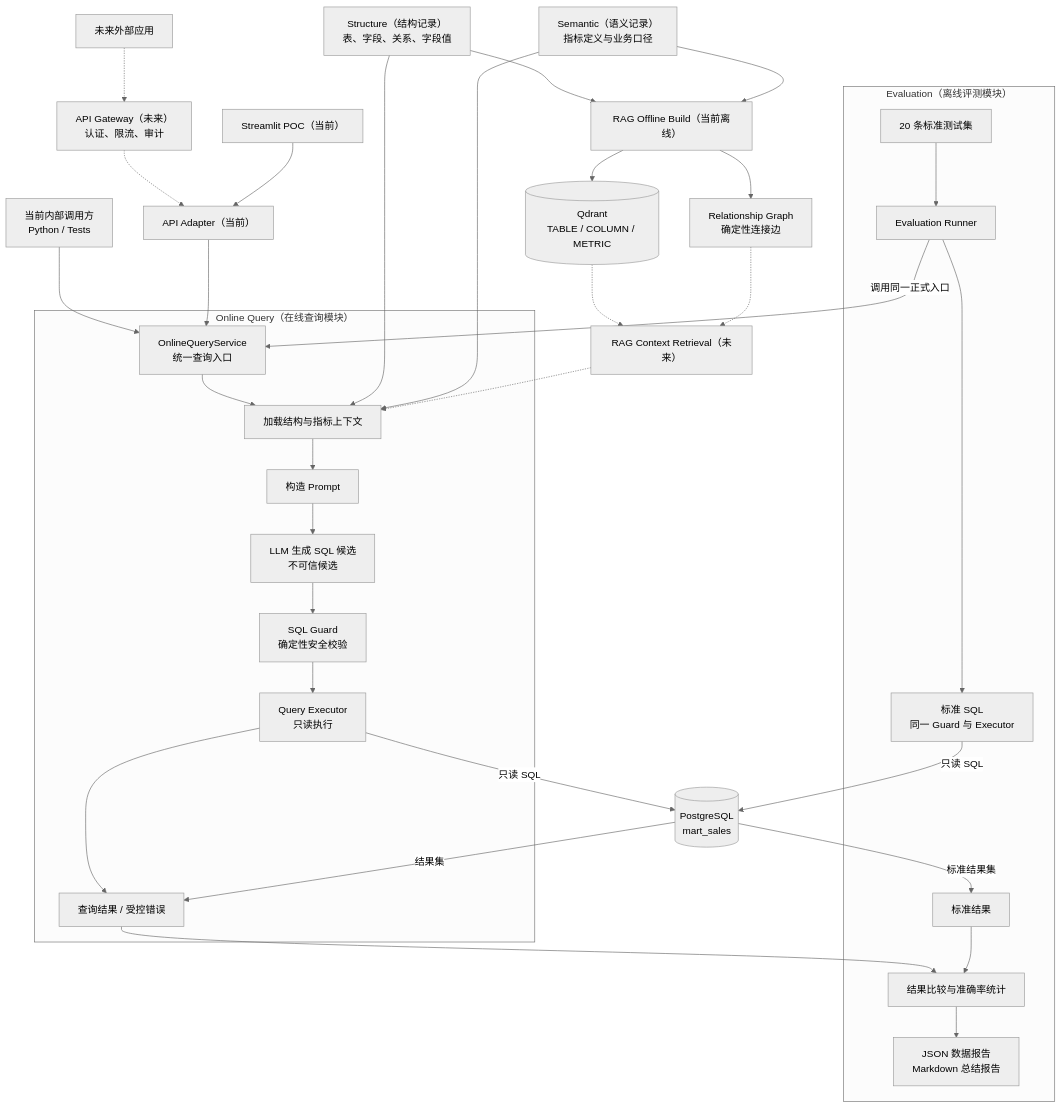
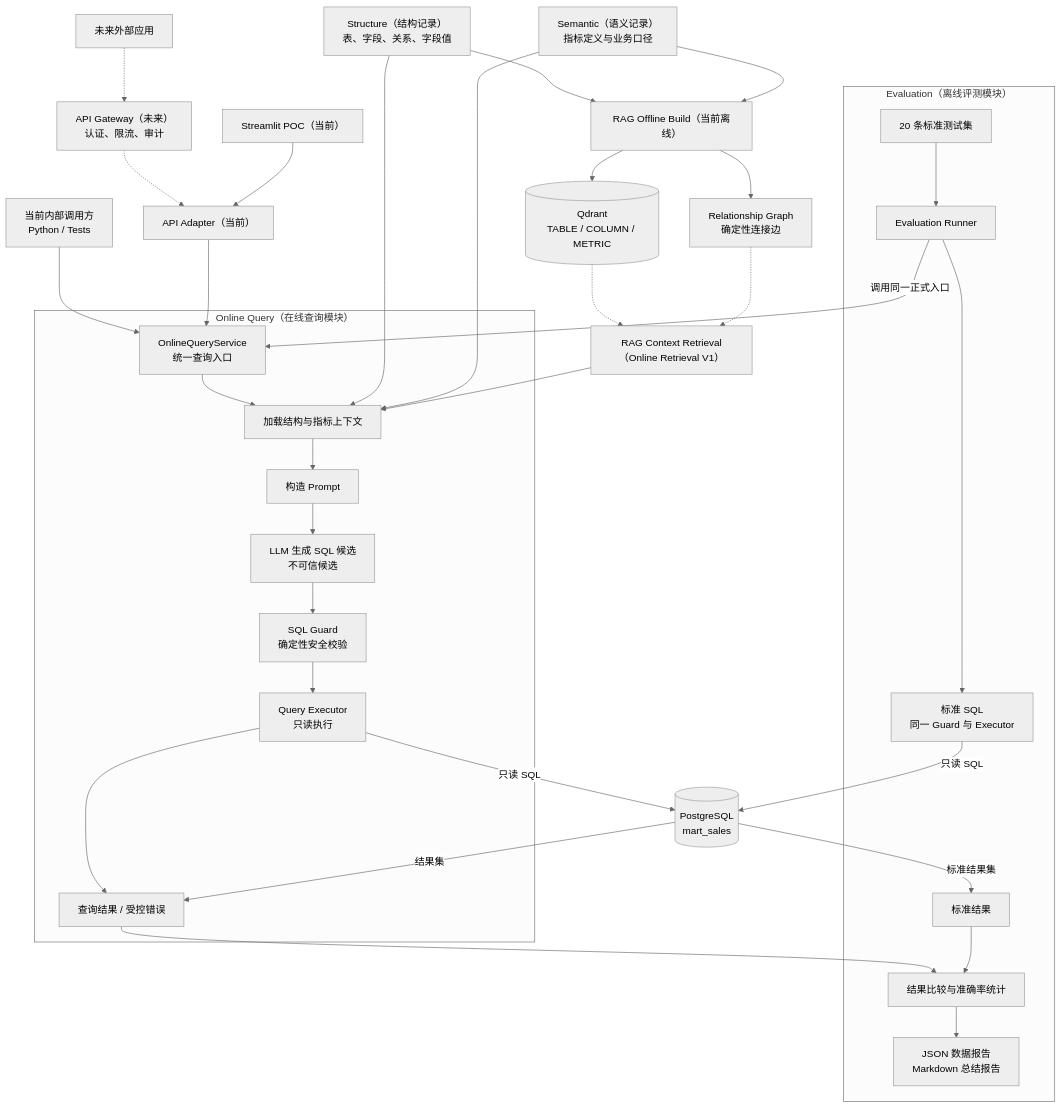
One commit to K999999999999/chatbi changed the first of 3 diagrams in docs/architecture.md. Above: the diagram before and after it, drawn with Mermaid (neutral theme). The commit also changed other lines of this file and 7 other files, not shown here.

Commit message:
test(online-retrieval): 完成整链路验收

````diff
--- a/docs/architecture.md
+++ b/docs/architecture.md
@@ -31,42 +31,42 @@
 ```mermaid
 flowchart TB
     InternalCaller["当前内部调用方<br/>Python / Tests"] --> Service
     ExternalCaller["未来外部应用"] -.-> Gateway
     Gateway["API Gateway（未来）<br/>认证、限流、审计"] -.-> API
     API["API Adapter（当前）"] --> Service
     Streamlit["Streamlit POC（当前）"] --> API
 
     subgraph OnlineQuery["Online Query（在线查询模块）"]
         Service["OnlineQueryService<br/>统一查询入口"] --> Context["加载结构与指标上下文"]
         Context --> Prompt["构造 Prompt"]
         Prompt --> LLM["LLM 生成 SQL 候选<br/>不可信候选"]
         LLM --> Guard["SQL Guard<br/>确定性安全校验"]
         Guard --> Executor["Query Executor<br/>只读执行"]
         Executor --> Result["查询结果 / 受控错误"]
     end
 
     Structure["Structure（结构记录）<br/>表、字段、关系、字段值"] --> Context
     Metrics["Semantic（语义记录）<br/>指标定义与业务口径"] --> Context
     Executor -->|"只读 SQL"| Database[("PostgreSQL<br/>mart_sales")]
     Database -->|"结果集"| Result
 
     subgraph EvaluationFlow["Evaluation（离线评测模块）"]
         Cases["20 条标准测试集"] --> Runner["Evaluation Runner"]
         Runner -->|"调用同一正式入口"| Service
         Runner --> Reference["标准 SQL<br/>同一 Guard 与 Executor"]
         ReferenceResult["标准结果"]
         Result --> Compare["结果比较与准确率统计"]
         ReferenceResult --> Compare
         Compare --> Reports["JSON 数据报告<br/>Markdown 总结报告"]
     end
 
     Reference -->|"只读 SQL"| Database
     Database -->|"标准结果集"| ReferenceResult
     Structure --> OfflineBuild["RAG Offline Build（当前离线）"]
     Metrics --> OfflineBuild
     OfflineBuild --> VectorCollections[("Qdrant<br/>TABLE / COLUMN / METRIC")]
     OfflineBuild --> RelationshipGraph["Relationship Graph<br/>确定性连接边"]
     VectorCollections -.-> RAG
     RelationshipGraph -.-> RAG
-    RAG["RAG Context Retrieval（未来）"] -.-> Context
+    RAG["RAG Context Retrieval（Online Retrieval V1）"] --> Context
 ```
````
